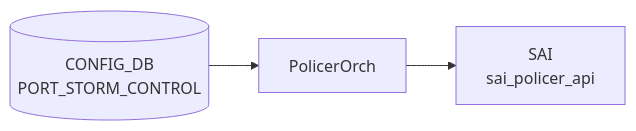
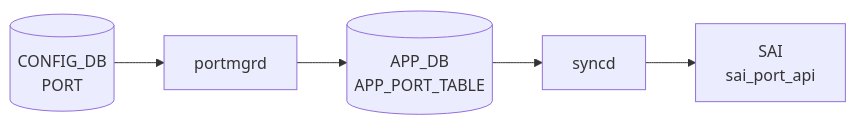
Before and after one commit to aoki-taquan/sonic-unofficial-docs: the diagram in docs/reference/config-db/port-storm-control.md, drawn with Mermaid. The commit also changed other lines of this file and 6 other files, not shown here.

````diff
--- a/docs/reference/config-db/port-storm-control.md
+++ b/docs/reference/config-db/port-storm-control.md
@@ -29,8 +32,12 @@
 ```mermaid
 flowchart LR
-  CDB[("CONFIG_DB<br/>PORT_STORM_CONTROL")]
-  DM["PolicerOrch"]
+  CDB[("CONFIG_DB<br/>PORT")]
+  DM["portmgrd"]
   CDB --> DM
-  SAI["SAI<br/>sai_policer_api"]
-  DM --> SAI
+  APPDB[("APP_DB<br/>APP_PORT_TABLE")]
+  DM --> APPDB
+  SYNCD["syncd"]
+  APPDB --> SYNCD
+  SAI["SAI<br/>sai_port_api"]
+  SYNCD --> SAI
 ```
````
